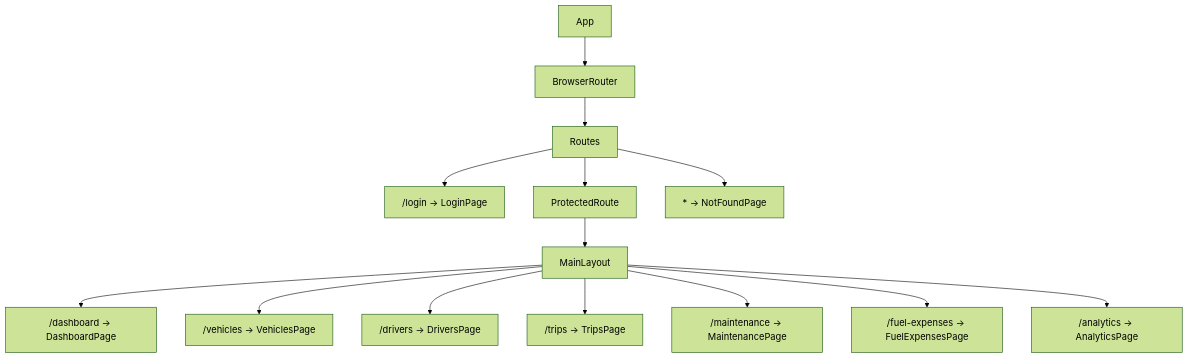
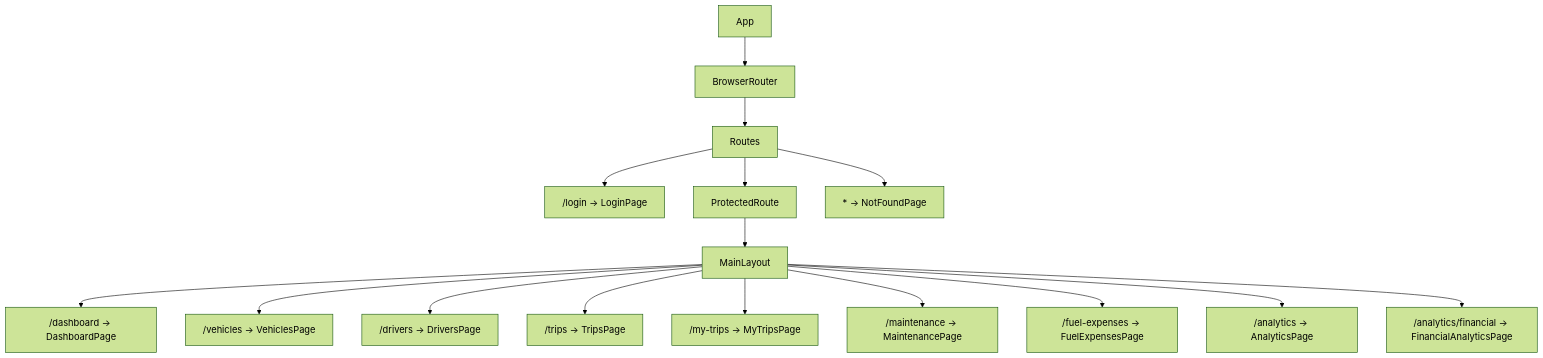
The seventh of 9 diagrams in TRANSITOPS_DESIGN.md (ShyamalKacha/TransitOps), drawn with Mermaid (forest theme) before and after one commit. The commit also changed other lines of this file, not shown here.

````diff
--- a/TRANSITOPS_DESIGN.md
+++ b/TRANSITOPS_DESIGN.md
@@ -757,33 +785,37 @@
 ```mermaid
 graph TD
     APP["App"]
     BR["BrowserRouter"]
     RS["Routes"]
 
     Login["/login → LoginPage"]
     PR["ProtectedRoute"]
     ML["MainLayout"]
 
     DASH["/dashboard → DashboardPage"]
     VEH["/vehicles → VehiclesPage"]
     DRV["/drivers → DriversPage"]
     TRP["/trips → TripsPage"]
+    MTR["/my-trips → MyTripsPage"]
     MNT["/maintenance → MaintenancePage"]
     FEL["/fuel-expenses → FuelExpensesPage"]
     ANL["/analytics → AnalyticsPage"]
+    FAN["/analytics/financial → FinancialAnalyticsPage"]
     NF["* → NotFoundPage"]
 
     APP --> BR
     BR --> RS
     RS --> Login
     RS --> PR
     RS --> NF
     PR --> ML
     ML --> DASH
     ML --> VEH
     ML --> DRV
     ML --> TRP
+    ML --> MTR
     ML --> MNT
     ML --> FEL
     ML --> ANL
+    ML --> FAN
 ```
````
